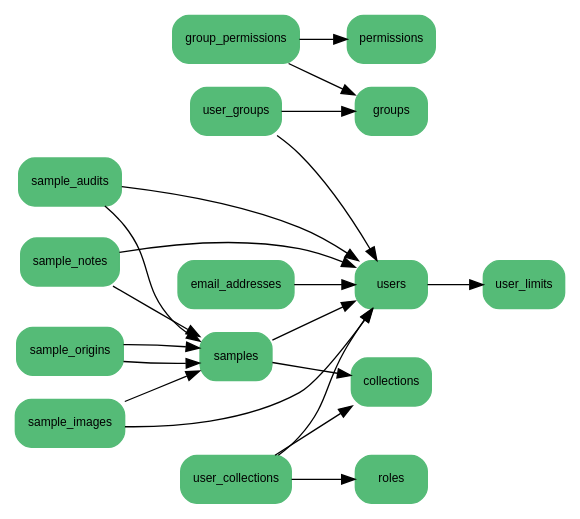
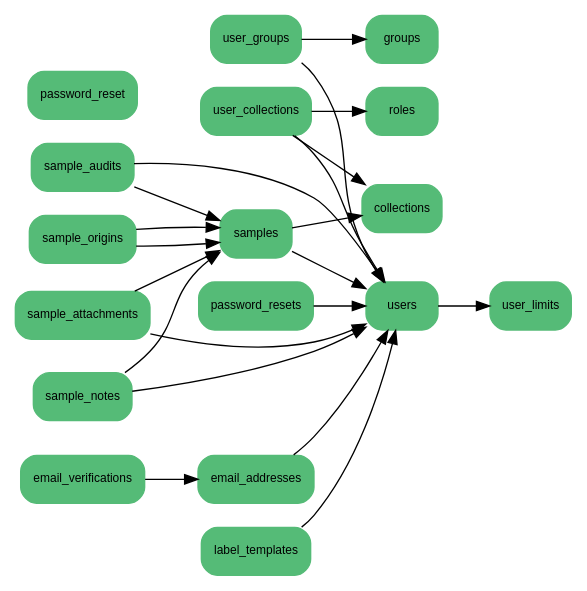
Before and after one commit to waveform80/samplesdb: the diagram in db/tables.dot, drawn with Graphviz. The commit also changed 2 other files, not shown here.

```diff
--- a/db/tables.dot
+++ b/db/tables.dot
@@ -1,41 +1,43 @@
 digraph G {
   graph [rankdir=LR];
   node [shape=box,style="rounded,filled",color="#55bb77",fontname="Arial",fontsize=9];
   edge [fontname="Arial",fontsize=9];
 
   groups;
   users;
-  permissions;
   collections;
   roles;
   samples;
   user_collections;
   user_groups;
   user_limits;
-  group_permissions;
   sample_origins;
   sample_audits;
   sample_notes;
-  sample_images;
+  sample_attachments;
   email_addresses;
+  email_verifications;
+  password_reset;
+  label_templates;
 
   users->user_limits;
   user_collections->users;
   user_collections->collections;
   user_collections->roles;
   user_groups->users;
   user_groups->groups;
-  group_permissions->groups;
-  group_permissions->permissions;
+  email_verifications->email_addresses;
+  password_resets->users;
   email_addresses->users;
+  label_templates->users;
   samples->collections;
   samples->users;
   sample_origins->samples;
   sample_origins->samples;
   sample_audits->samples;
   sample_audits->users;
   sample_notes->samples;
   sample_notes->users;
-  sample_images->samples;
-  sample_images->users;
+  sample_attachments->samples;
+  sample_attachments->users;
 }
```
